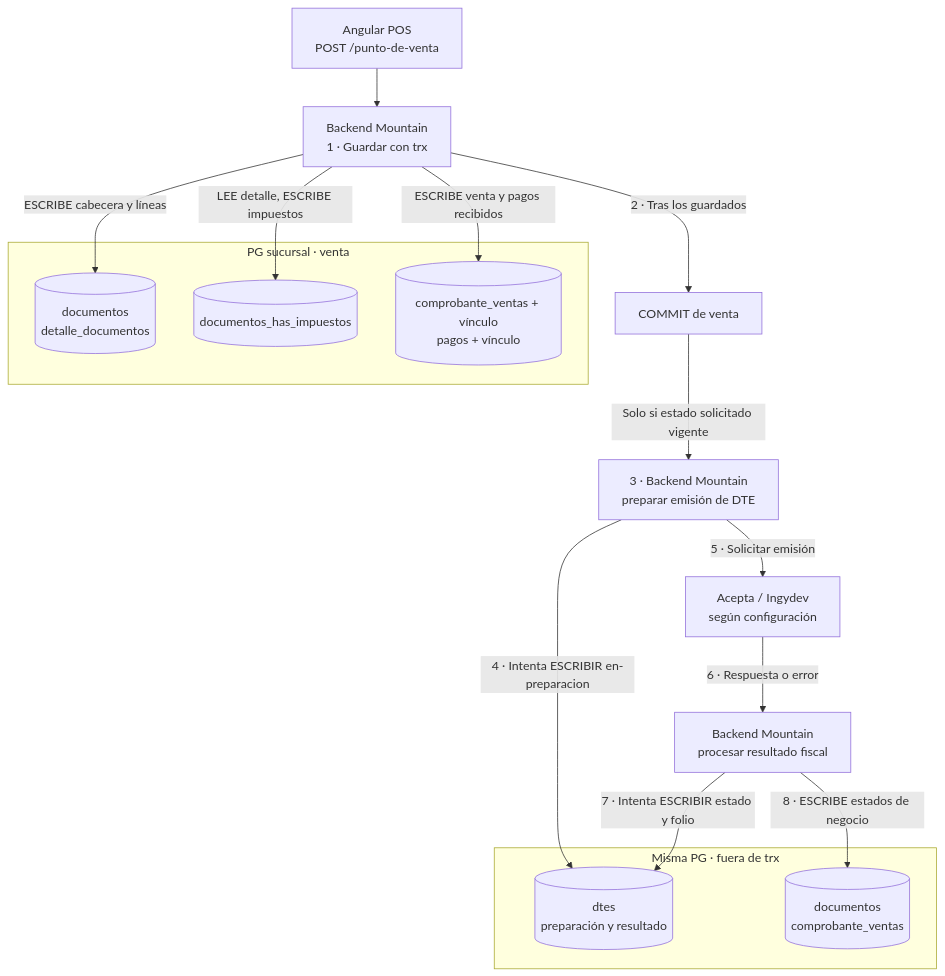
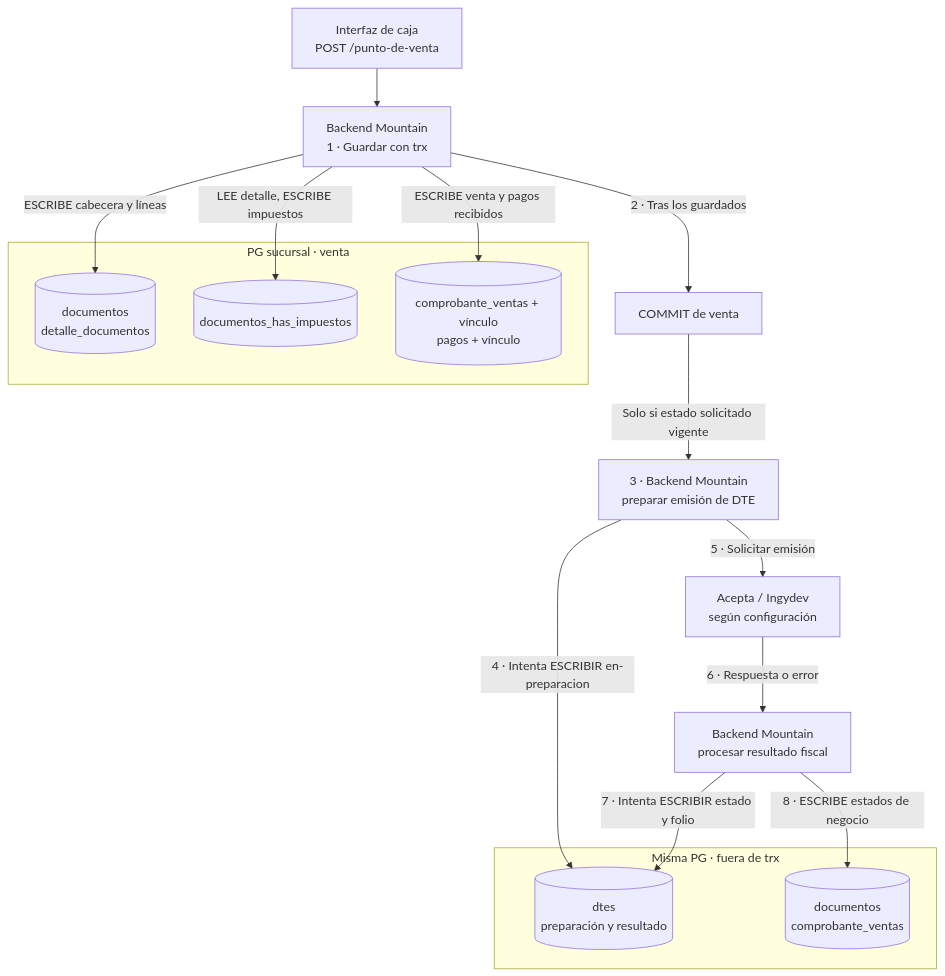
One commit to floxcristian/pos-architecture changed the diagram in presentation/diagrams/dataflow-sale.mmd. Above: the diagram before and after it, drawn with Mermaid. The commit also changed 11 other files, not shown here.

```diff
--- a/presentation/diagrams/dataflow-sale.mmd
+++ b/presentation/diagrams/dataflow-sale.mmd
@@ -1,21 +1,21 @@
 flowchart TB
-  REQ["Angular POS<br/>POST /punto-de-venta"] --> SAVE["Backend Mountain<br/>1 · Guardar con trx"]
+  REQ["Interfaz de caja<br/>POST /punto-de-venta"] --> SAVE["Backend Mountain<br/>1 · Guardar con trx"]
   subgraph PG1["PG sucursal · venta"]
     DOC[("documentos<br/>detalle_documentos")]
     TAX[("documentos_has_impuestos")]
     PAY[("comprobante_ventas + vínculo<br/>pagos + vínculo")]
   end
   SAVE -->|"ESCRIBE cabecera y líneas"| DOC
   SAVE -->|"LEE detalle, ESCRIBE impuestos"| TAX
   SAVE -->|"ESCRIBE venta y pagos recibidos"| PAY
   SAVE -->|"2 · Tras los guardados"| COMMIT["COMMIT de venta"]
   COMMIT -->|"Solo si estado solicitado vigente"| BILL["3 · Backend Mountain<br/>preparar emisión de DTE"]
   subgraph PG2["Misma PG · fuera de trx"]
     DTE[("dtes<br/>preparación y resultado")]
     STATE[("documentos<br/>comprobante_ventas")]
   end
   BILL -->|"4 · Intenta ESCRIBIR en-preparacion"| DTE
   BILL -->|"5 · Solicitar emisión"| PROVIDER["Acepta / Ingydev<br/>según configuración"]
   PROVIDER -->|"6 · Respuesta o error"| RESULT["Backend Mountain<br/>procesar resultado fiscal"]
   RESULT -->|"7 · Intenta ESCRIBIR estado y folio"| DTE
   RESULT -->|"8 · ESCRIBE estados de negocio"| STATE
```
